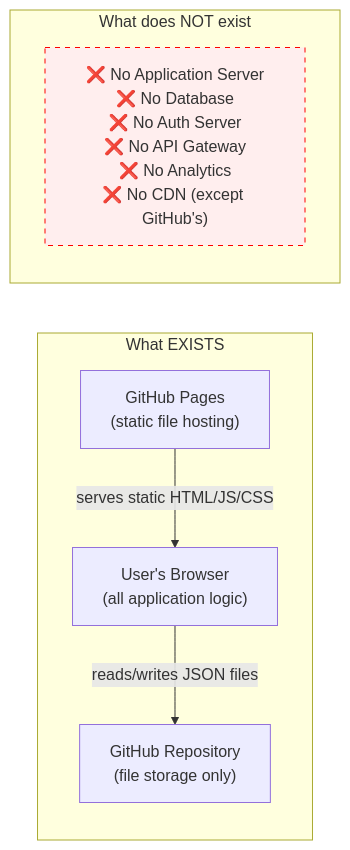
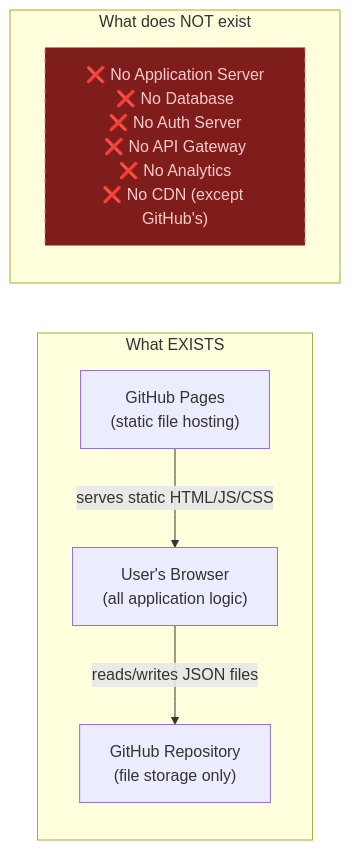
The first of 17 diagrams in docs/architecture.md (dlaszlo/battery), drawn with Mermaid before and after one commit. The commit also changed other lines of this file and 1 other file, not shown here.

First line of the commit message:
Redesign navbar logo with charging animation and fix dark mode diagram readability

````diff
--- a/docs/architecture.md
+++ b/docs/architecture.md
@@ -15,16 +15,16 @@
 ```mermaid
 graph LR
     subgraph "What EXISTS"
         Browser["User's Browser<br/>(all application logic)"]
         GitHub["GitHub Repository<br/>(file storage only)"]
         Pages["GitHub Pages<br/>(static file hosting)"]
     end
 
     subgraph "What does NOT exist"
-        style NoBackend fill:#fee,stroke:#f00,stroke-dasharray: 5 5
+        style NoBackend fill:#7f1d1d,stroke:#f87171,color:#fecaca,stroke-dasharray: 5 5
         NoBackend["❌ No Application Server<br/>❌ No Database<br/>❌ No Auth Server<br/>❌ No API Gateway<br/>❌ No Analytics<br/>❌ No CDN (except GitHub's)"]
     end
 
     Pages -->|serves static HTML/JS/CSS| Browser
     Browser -->|reads/writes JSON files| GitHub
 ```
````
